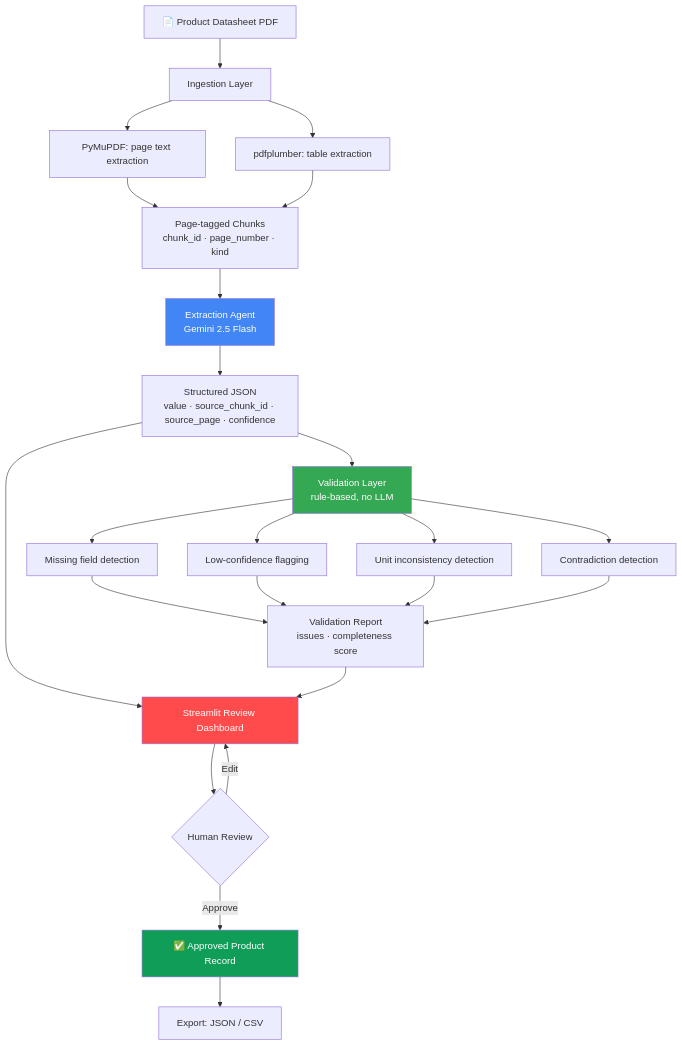
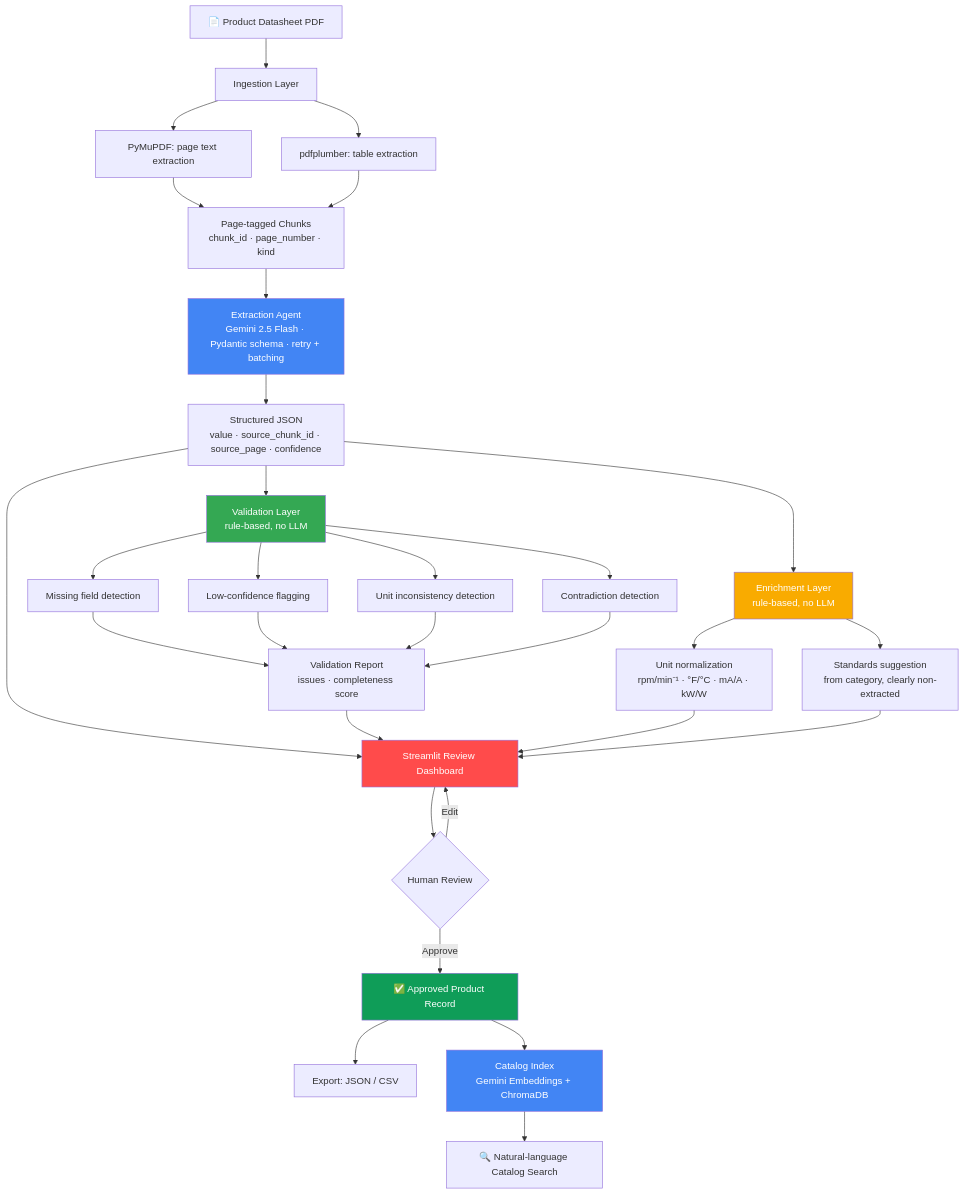
Before and after one commit to raghav-marda/unihack-product-intelligence: the first of 2 diagrams in README.md, drawn with Mermaid. The commit also changed other lines of this file and 13 other files, not shown here.

````diff
--- a/README.md
+++ b/README.md
@@ -60,34 +63,45 @@
 ```mermaid
 flowchart TD
     A[📄 Product Datasheet PDF] --> B[Ingestion Layer]
     B --> B1[PyMuPDF: page text extraction]
     B --> B2[pdfplumber: table extraction]
     B1 --> C[Page-tagged Chunks<br/>chunk_id · page_number · kind]
     B2 --> C
 
-    C --> D[Extraction Agent<br/>Gemini 2.5 Flash]
+    C --> D[Extraction Agent<br/>Gemini 2.5 Flash · Pydantic schema · retry + batching]
     D --> E[Structured JSON<br/>value · source_chunk_id · source_page · confidence]
 
     E --> F[Validation Layer<br/>rule-based, no LLM]
     F --> F1[Missing field detection]
     F --> F2[Low-confidence flagging]
     F --> F3[Unit inconsistency detection]
     F --> F4[Contradiction detection]
 
+    E --> N[Enrichment Layer<br/>rule-based, no LLM]
+    N --> N1[Unit normalization<br/>rpm/min⁻¹ · °F/°C · mA/A · kW/W]
+    N --> N2[Standards suggestion<br/>from category, clearly non-extracted]
+
     F1 --> G[Validation Report<br/>issues · completeness score]
     F2 --> G
     F3 --> G
     F4 --> G
 
     E --> H[Streamlit Review Dashboard]
     G --> H
+    N1 --> H
+    N2 --> H
     H --> I{Human Review}
     I -->|Approve| J[✅ Approved Product Record]
     I -->|Edit| H
     J --> K[Export: JSON / CSV]
 
+    J --> R[Catalog Index<br/>Gemini Embeddings + ChromaDB]
+    R --> S[🔍 Natural-language Catalog Search]
+
     style D fill:#4285F4,color:#fff
     style F fill:#34A853,color:#fff
+    style N fill:#F9AB00,color:#fff
     style H fill:#FF4B4B,color:#fff
     style J fill:#0F9D58,color:#fff
+    style R fill:#4285F4,color:#fff
 ```
````
